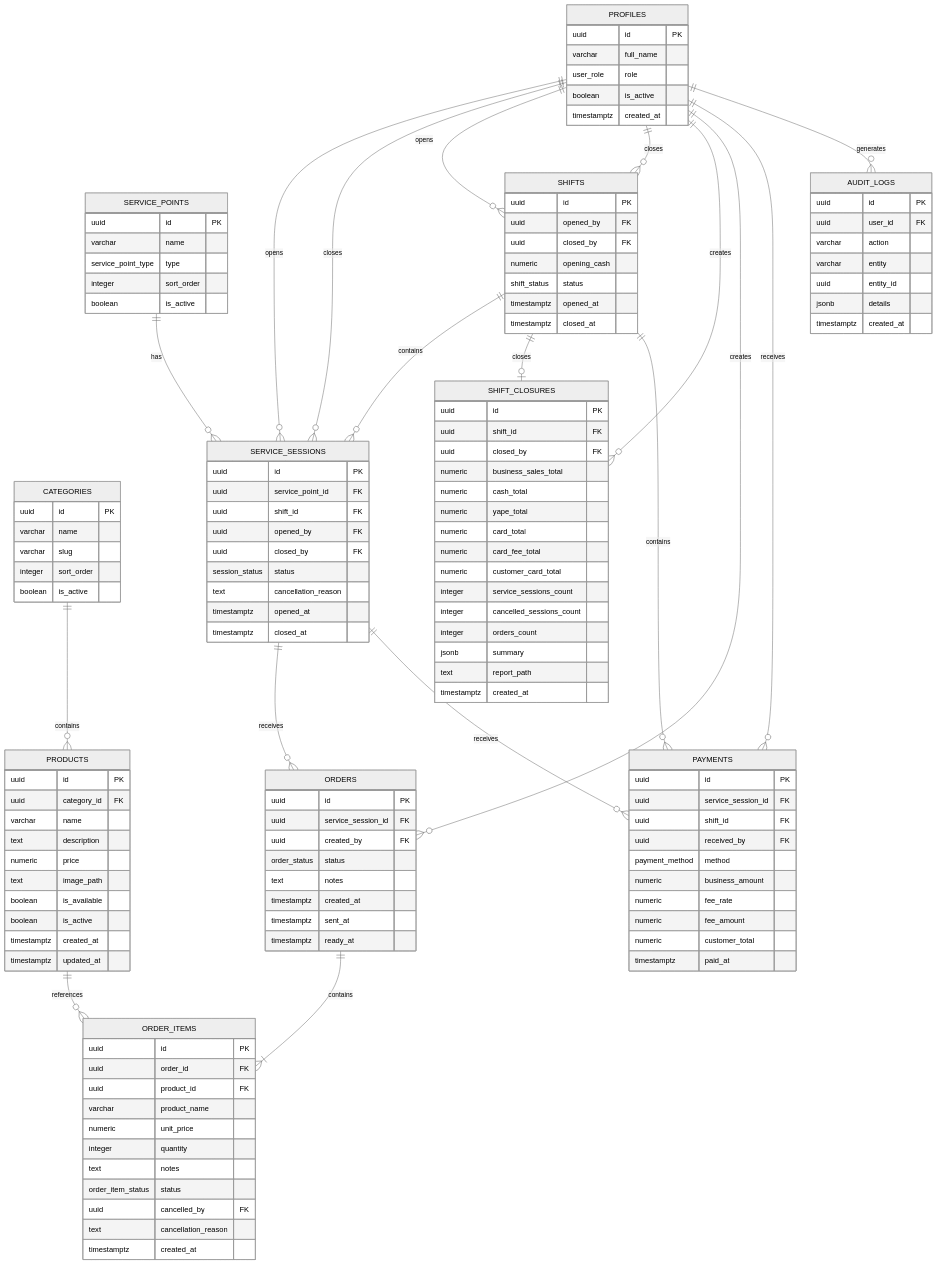
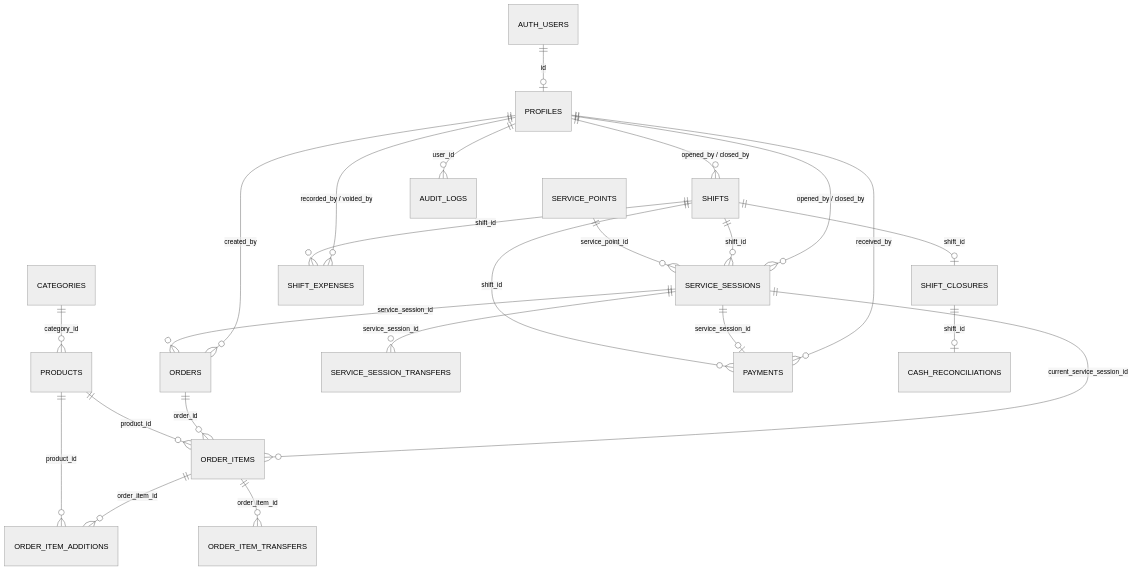
The diagram in docs/database/erd-v2-final.md (DiosGatoGC/KuchisLogistic), drawn with Mermaid (neutral theme) before and after one commit. The commit also changed other lines of this file and 4 other files, not shown here.

````diff
--- a/docs/database/erd-v2-final.md
+++ b/docs/database/erd-v2-final.md
@@ -369,150 +41,31 @@
 ```mermaid
 erDiagram
+    AUTH_USERS ||--o| PROFILES : "id"
 
-    PROFILES {
-        uuid id PK
-        varchar full_name
-        user_role role
-        boolean is_active
-        timestamptz created_at
-    }
+    CATEGORIES ||--o{ PRODUCTS : "category_id"
+    PRODUCTS ||--o{ ORDER_ITEMS : "product_id"
+    PRODUCTS ||--o{ ORDER_ITEM_ADDITIONS : "product_id"
 
-    CATEGORIES {
-        uuid id PK
-        varchar name
-        varchar slug
-        integer sort_order
-        boolean is_active
-    }
+    SERVICE_POINTS ||--o{ SERVICE_SESSIONS : "service_point_id"
+    SHIFTS ||--o{ SERVICE_SESSIONS : "shift_id"
+    SERVICE_SESSIONS ||--o{ ORDERS : "service_session_id"
+    ORDERS ||--o{ ORDER_ITEMS : "order_id"
+    SERVICE_SESSIONS ||--o{ ORDER_ITEMS : "current_service_session_id"
+    ORDER_ITEMS ||--o{ ORDER_ITEM_ADDITIONS : "order_item_id"
 
-    PRODUCTS {
-        uuid id PK
-        uuid category_id FK
-        varchar name
-        text description
-        numeric price
-        text image_path
-        boolean is_available
-        boolean is_active
-        timestamptz created_at
-        timestamptz updated_at
-    }
+    SERVICE_SESSIONS ||--o{ SERVICE_SESSION_TRANSFERS : "service_session_id"
+    ORDER_ITEMS ||--o{ ORDER_ITEM_TRANSFERS : "order_item_id"
 
-    SERVICE_POINTS {
-        uuid id PK
-        varchar name
-        service_point_type type
-        integer sort_order
-        boolean is_active
-    }
+    SHIFTS ||--o{ PAYMENTS : "shift_id"
+    SERVICE_SESSIONS ||--o| PAYMENTS : "service_session_id"
+    SHIFTS ||--o{ SHIFT_EXPENSES : "shift_id"
+    SHIFTS ||--o| SHIFT_CLOSURES : "shift_id"
+    SHIFT_CLOSURES ||--o| CASH_RECONCILIATIONS : "shift_id"
 
-    SHIFTS {
-        uuid id PK
-        uuid opened_by FK
-        uuid closed_by FK
-        numeric opening_cash
-        shift_status status
-        timestamptz opened_at
-        timestamptz closed_at
-    }
-
-    SHIFT_CLOSURES {
-        uuid id PK
-        uuid shift_id FK
-        uuid closed_by FK
-        numeric business_sales_total
-        numeric cash_total
-        numeric yape_total
-        numeric card_total
-        numeric card_fee_total
-        numeric customer_card_total
-        integer service_sessions_count
-        integer cancelled_sessions_count
-        integer orders_count
-        jsonb summary
-        text report_path
-        timestamptz created_at
-    }
-
-    SERVICE_SESSIONS {
-        uuid id PK
-        uuid service_point_id FK
-        uuid shift_id FK
-        uuid opened_by FK
-        uuid closed_by FK
-        session_status status
-        text cancellation_reason
-        timestamptz opened_at
-        timestamptz closed_at
-    }
-
-    ORDERS {
-        uuid id PK
-        uuid service_session_id FK
-        uuid created_by FK
-        order_status status
-        text notes
-        timestamptz created_at
-        timestamptz sent_at
-        timestamptz ready_at
-    }
-
-    ORDER_ITEMS {
-        uuid id PK
-        uuid order_id FK
-        uuid product_id FK
-        varchar product_name
-        numeric unit_price
-        integer quantity
-        text notes
-        order_item_status status
-        uuid cancelled_by FK
-        text cancellation_reason
-        timestamptz created_at
-    }
-
-    PAYMENTS {
-        uuid id PK
-        uuid service_session_id FK
-        uuid shift_id FK
-        uuid received_by FK
-        payment_method method
-        numeric business_amount
-        numeric fee_rate
-        numeric fee_amount
-        numeric customer_total
-        timestamptz paid_at
-    }
-
-    AUDIT_LOGS {
-        uuid id PK
-        uuid user_id FK
-        varchar action
-        varchar entity
-        uuid entity_id
-        jsonb details
-        timestamptz created_at
-    }
-
-    CATEGORIES ||--o{ PRODUCTS : contains
-
-    SERVICE_POINTS ||--o{ SERVICE_SESSIONS : has
-    SHIFTS ||--o{ SERVICE_SESSIONS : contains
-    SHIFTS ||--o| SHIFT_CLOSURES : closes
-
-    SERVICE_SESSIONS ||--o{ ORDERS : receives
-    ORDERS ||--|{ ORDER_ITEMS : contains
-    PRODUCTS ||--o{ ORDER_ITEMS : references
-
-    SERVICE_SESSIONS ||--o{ PAYMENTS : receives
-    SHIFTS ||--o{ PAYMENTS : contains
-
-    PROFILES ||--o{ SERVICE_SESSIONS : opens
-    PROFILES ||--o{ SERVICE_SESSIONS : closes
-    PROFILES ||--o{ SHIFTS : opens
-    PROFILES ||--o{ SHIFTS : closes
-    PROFILES ||--o{ SHIFT_CLOSURES : creates
-    PROFILES ||--o{ ORDERS : creates
-    PROFILES ||--o{ PAYMENTS : receives
-    PROFILES ||--o{ AUDIT_LOGS : generates
+    PROFILES ||--o{ SHIFTS : "opened_by / closed_by"
+    PROFILES ||--o{ SERVICE_SESSIONS : "opened_by / closed_by"
+    PROFILES ||--o{ ORDERS : "created_by"
+    PROFILES ||--o{ PAYMENTS : "received_by"
+    PROFILES ||--o{ SHIFT_EXPENSES : "recorded_by / voided_by"
+    PROFILES ||--o{ AUDIT_LOGS : "user_id"
 ```
````
